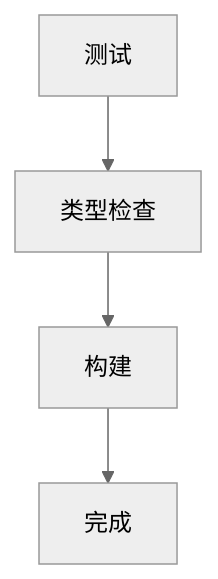
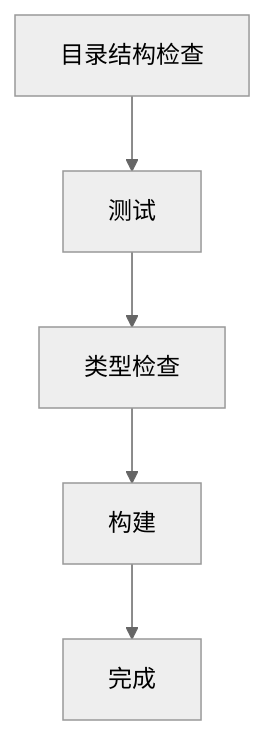
The third of 3 diagrams in docs/requests/use-real-skill-data-directory/module-runs/module-01-real-skill-data-directory/plan/plan.md (wisdomWindy/skill-hub), drawn with Mermaid (neutral theme) before and after one commit. The commit also changed other lines of this file and 50 other files, not shown here.

````diff
--- a/docs/requests/use-real-skill-data-directory/module-runs/module-01-real-skill-data-directory/plan/plan.md
+++ b/docs/requests/use-real-skill-data-directory/module-runs/module-01-real-skill-data-directory/plan/plan.md
@@ -32,6 +32,7 @@
 ```mermaid
 flowchart TD
-  A["测试"] --> B["类型检查"]
-  B --> C["构建"]
-  C --> D["完成"]
+  A["目录结构检查"] --> B["测试"]
+  B --> C["类型检查"]
+  C --> D["构建"]
+  D --> E["完成"]
 ```
````
